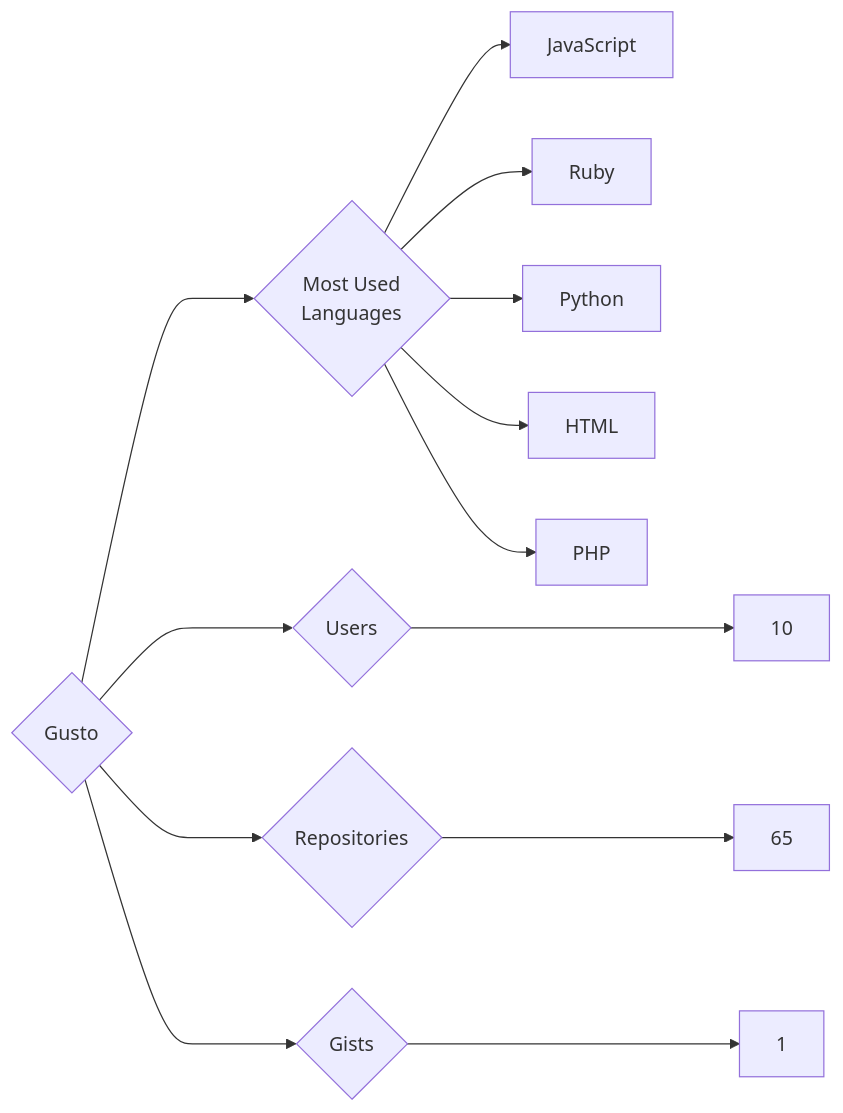
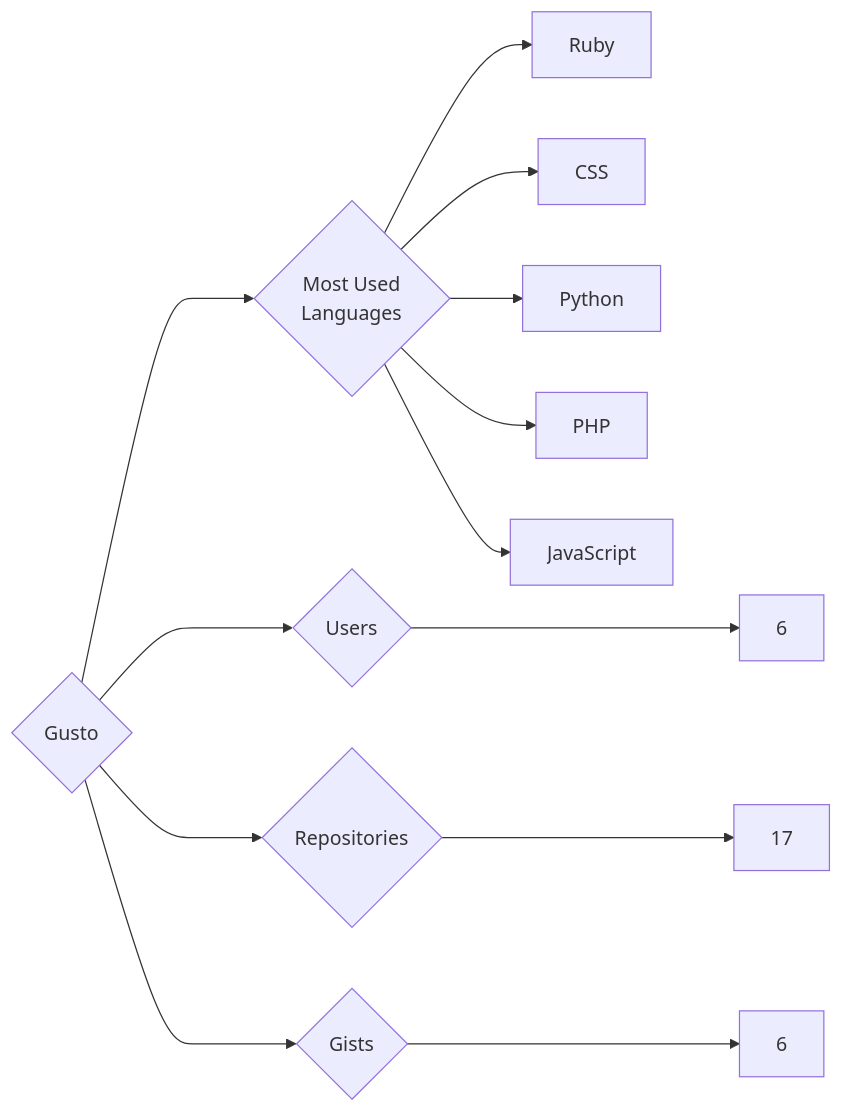
The diagram in targets/Gusto/README.md (trickest/insiders), drawn with Mermaid before and after one commit. The commit also changed 880 other files, not shown here.

````diff
--- a/targets/Gusto/README.md
+++ b/targets/Gusto/README.md
@@ -3,13 +3,13 @@
 ```mermaid
 graph LR
 COMPANY_NAME{Gusto}
-COMPANY_NAME ---> U{Users} ---> UN[10]
-COMPANY_NAME ---> R{Repositories} ---> RN[65]
-COMPANY_NAME ---> G{Gists} ---> GN[1]
+COMPANY_NAME ---> U{Users} ---> UN[6]
+COMPANY_NAME ---> R{Repositories} ---> RN[17]
+COMPANY_NAME ---> G{Gists} ---> GN[6]
 COMPANY_NAME ---> ML{Most Used<br>Languages}
+ML --> Ruby[Ruby]
+ML --> CSS[CSS]
+ML --> Python[Python]
+ML --> PHP[PHP]
 ML --> JavaScript[JavaScript]
-ML --> Ruby[Ruby]
-ML --> Python[Python]
-ML --> HTML[HTML]
-ML --> PHP[PHP]
 ```
````
